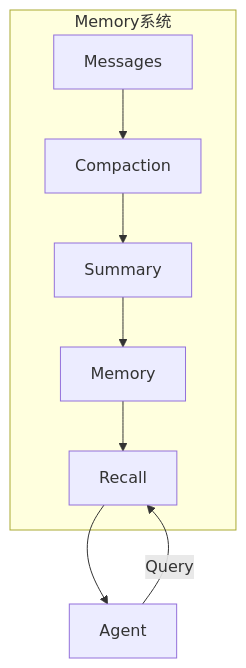
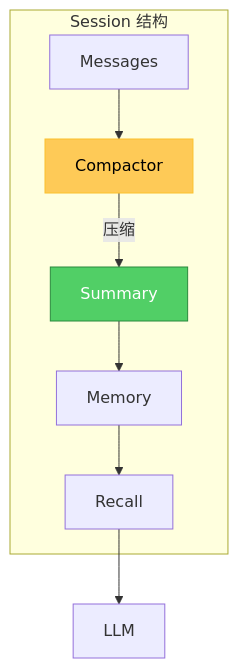
Before and after one commit to FreezeSoul/freezesoul.github.com: the eighth of 12 diagrams in _posts/2026-03-01-openclaw-agent-gateway.md, drawn with Mermaid. The commit also changed other lines of this file, not shown here.

````diff
--- a/_posts/2026-03-01-openclaw-agent-gateway.md
+++ b/_posts/2026-03-01-openclaw-agent-gateway.md
@@ -242,12 +298,14 @@
 ```mermaid
 graph TD
-    subgraph Memory系统
-        M[Messages] --> C[Compaction]
-        C --> S[Summary]
+    subgraph Session 结构
+        M[Messages] --> C[Compactor]
+        C -->|压缩| S[Summary]
         S --> Mem[Memory]
         Mem --> R[Recall]
     end
     
-    R --> Agent
-    Agent -->|Query| R
+    R --> LLM
+    
+    style C fill:#feca57,stroke:#fbc02d,color:#000
+    style S fill:#51cf66,stroke:#2b8a3e,color:#fff
 ```
````
